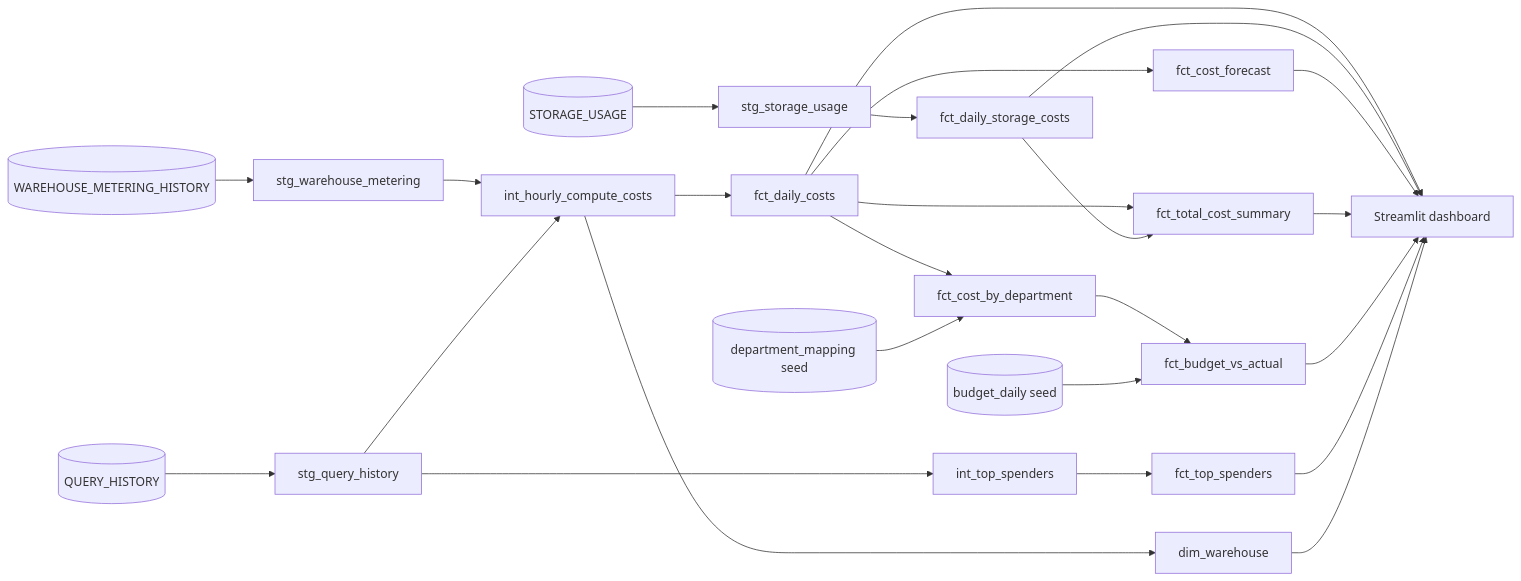
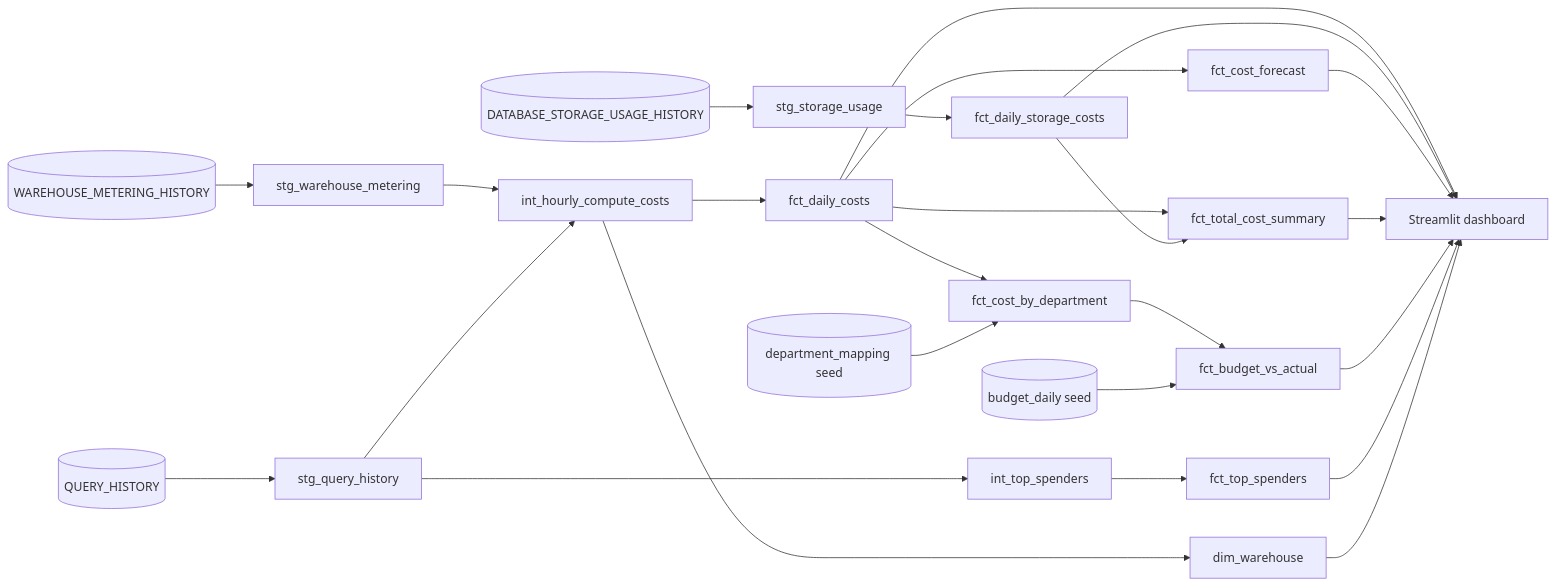
The diagram in README.md (mcgrath-dylan/finops-dbt), drawn with Mermaid before and after one commit. The commit also changed other lines of this file and 4 other files, not shown here.

````diff
--- a/README.md
+++ b/README.md
@@ -98,35 +98,35 @@
 ```mermaid
 flowchart LR
   WMH[(WAREHOUSE_METERING_HISTORY)]
   QH[(QUERY_HISTORY)]
-  SU[(STORAGE_USAGE)]
+  SU[(DATABASE_STORAGE_USAGE_HISTORY)]
   BUD[(budget_daily seed)]
   MAP[(department_mapping seed)]
 
   WMH --> SWM[stg_warehouse_metering]
   QH --> SQH[stg_query_history]
   SU --> SSU[stg_storage_usage]
 
   SWM --> IHC[int_hourly_compute_costs]
   SQH --> IHC
   IHC --> FDC[fct_daily_costs]
   SSU --> FDS[fct_daily_storage_costs]
   FDC --> FCF[fct_cost_forecast]
   FDC --> FCD[fct_cost_by_department]
   MAP --> FCD
   FCD --> FBV[fct_budget_vs_actual]
   BUD --> FBV
   FDC --> FTS[fct_total_cost_summary]
   FDS --> FTS
   SQH --> ITS[int_top_spenders]
   ITS --> FTOP[fct_top_spenders]
 
   FDC --> APP[Streamlit dashboard]
   FDS --> APP
   FCF --> APP
   FTS --> APP
   FBV --> APP
   FTOP --> APP
   IHC --> DW[dim_warehouse]
   DW --> APP
 ```
````
